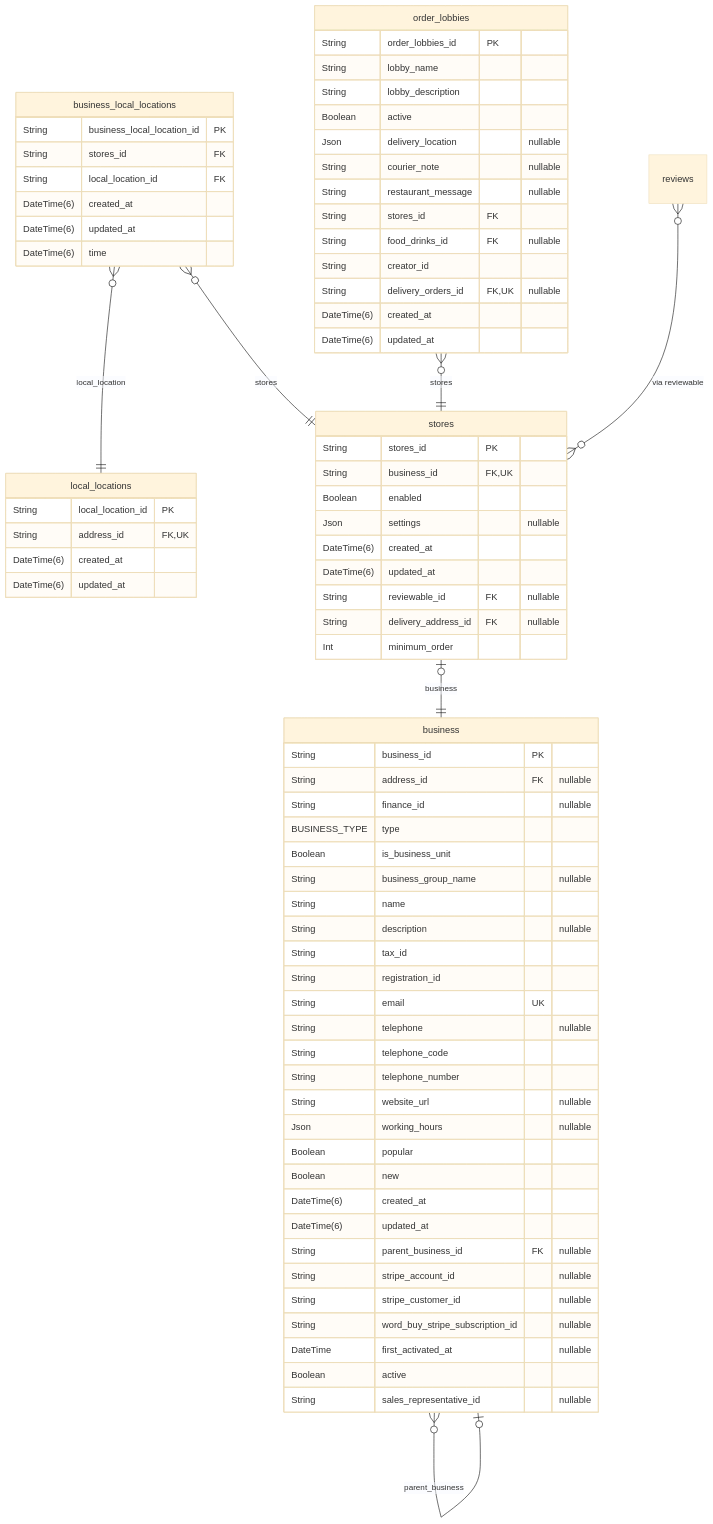
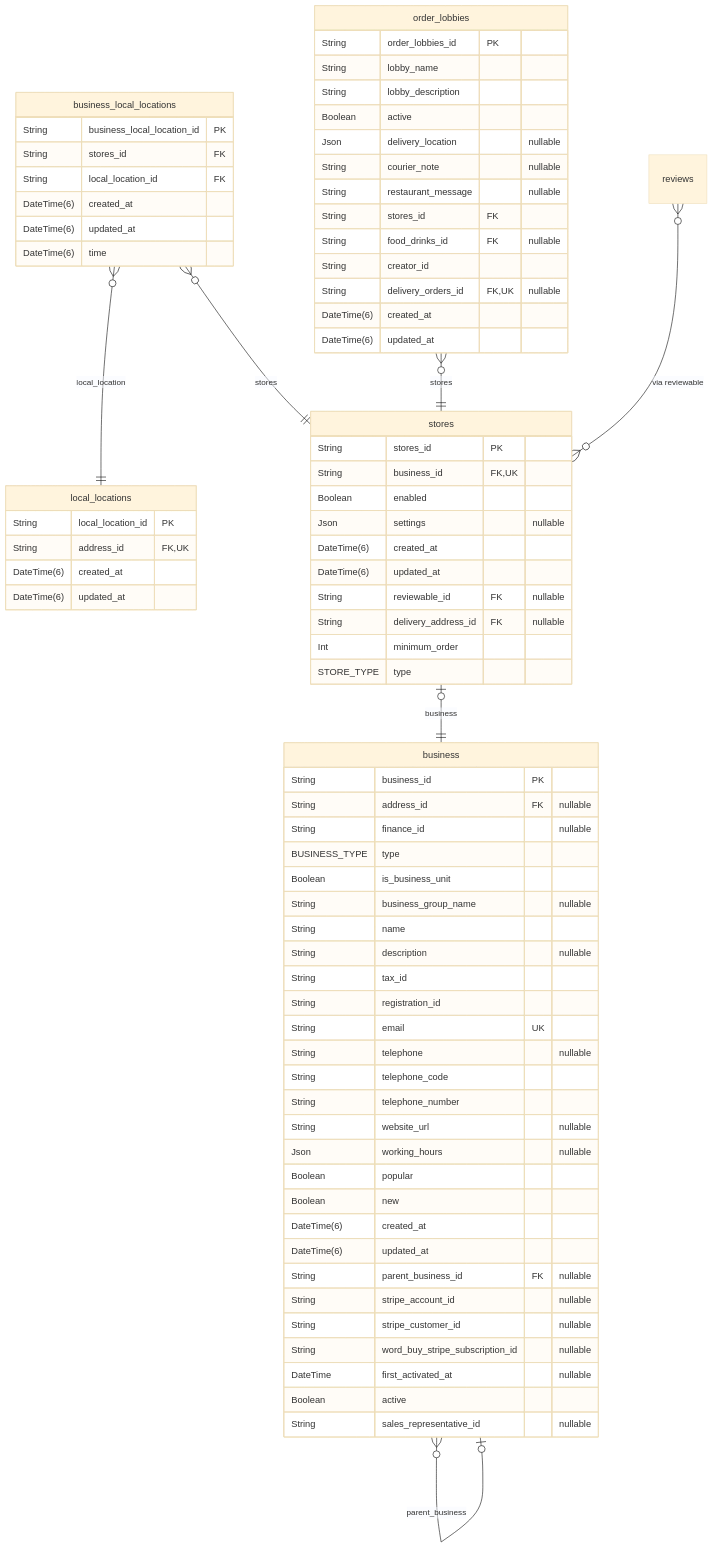
Diagram 21 of 38 in prisma/schemas/ERD.md (pbozic/be-analyisis), drawn with Mermaid (base theme) before and after one commit. The commit also changed other lines of this file and 1 other file, not shown here.

Commit message:
feature: table reservations/merchant type update

````diff
--- a/prisma/schemas/ERD.md
+++ b/prisma/schemas/ERD.md
@@ -5341,79 +5347,80 @@
 ```mermaid
 erDiagram
 "business_local_locations" {
   String business_local_location_id PK
   String stores_id FK
   String local_location_id FK
   DateTime(6) created_at
   DateTime(6) updated_at
   DateTime(6) time
 }
 "local_locations" {
   String local_location_id PK
   String address_id FK,UK
   DateTime(6) created_at
   DateTime(6) updated_at
 }
 "order_lobbies" {
   String order_lobbies_id PK
   String lobby_name
   String lobby_description
   Boolean active
   Json delivery_location "nullable"
   String courier_note "nullable"
   String restaurant_message "nullable"
   String stores_id FK
   String food_drinks_id FK "nullable"
   String creator_id
   String delivery_orders_id FK,UK "nullable"
   DateTime(6) created_at
   DateTime(6) updated_at
 }
 "business" {
   String business_id PK
   String address_id FK "nullable"
   String finance_id "nullable"
   BUSINESS_TYPE type
   Boolean is_business_unit
   String business_group_name "nullable"
   String name
   String description "nullable"
   String tax_id
   String registration_id
   String email UK
   String telephone "nullable"
   String telephone_code
   String telephone_number
   String website_url "nullable"
   Json working_hours "nullable"
   Boolean popular
   Boolean new
   DateTime(6) created_at
   DateTime(6) updated_at
   String parent_business_id FK "nullable"
   String stripe_account_id "nullable"
   String stripe_customer_id "nullable"
   String word_buy_stripe_subscription_id "nullable"
   DateTime first_activated_at "nullable"
   Boolean active
   String sales_representative_id "nullable"
 }
 "stores" {
   String stores_id PK
   String business_id FK,UK
   Boolean enabled
   Json settings "nullable"
   DateTime(6) created_at
   DateTime(6) updated_at
   String reviewable_id FK "nullable"
   String delivery_address_id FK "nullable"
   Int minimum_order
+  STORE_TYPE type
 }
 "business_local_locations" }o--|| "local_locations" : local_location
 "business_local_locations" }o--|| "stores" : stores
 "order_lobbies" }o--|| "stores" : stores
 "business" }o--o| "business" : parent_business
 "stores" |o--|| "business" : business
 
 "reviews" }o--o{ "stores" : "via reviewable"
 ```
````
